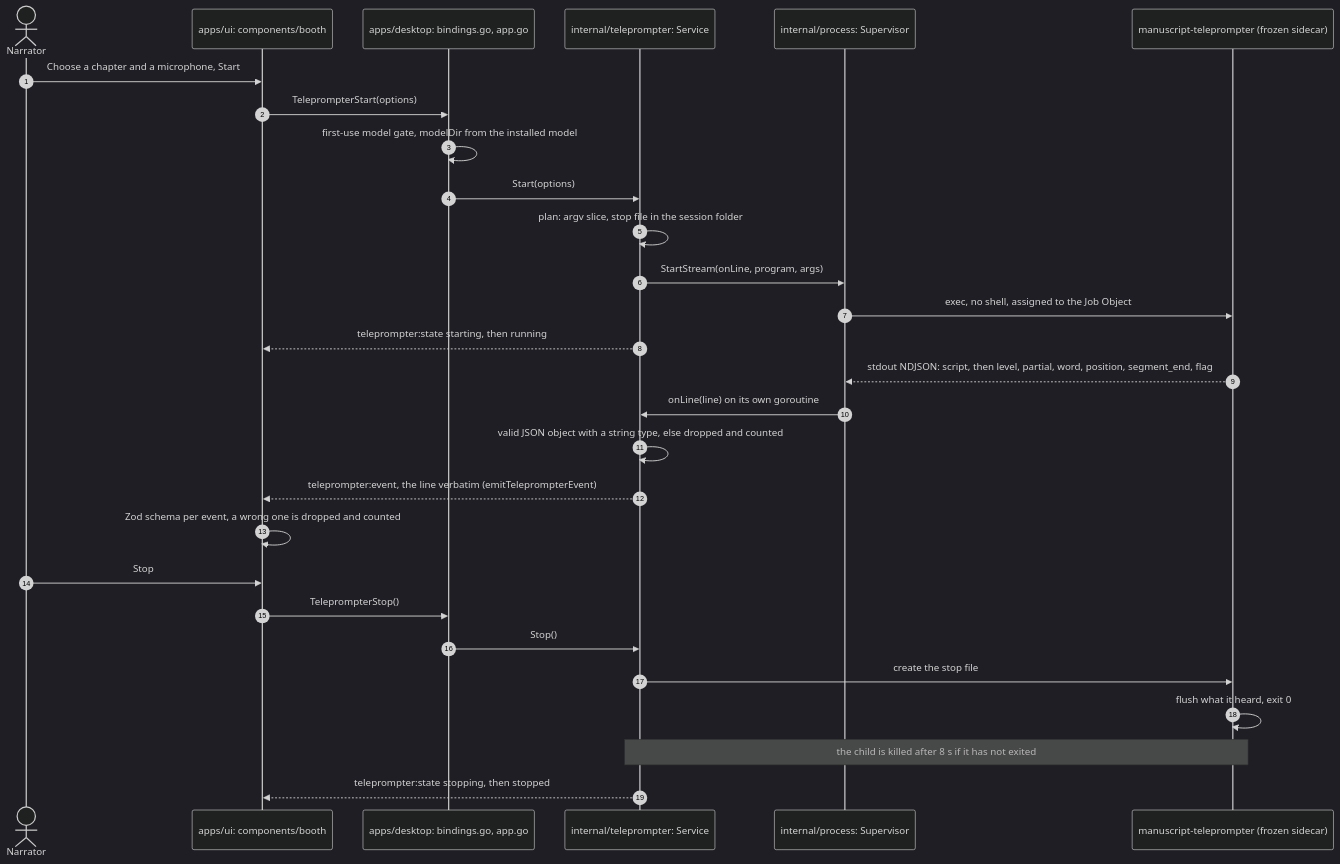
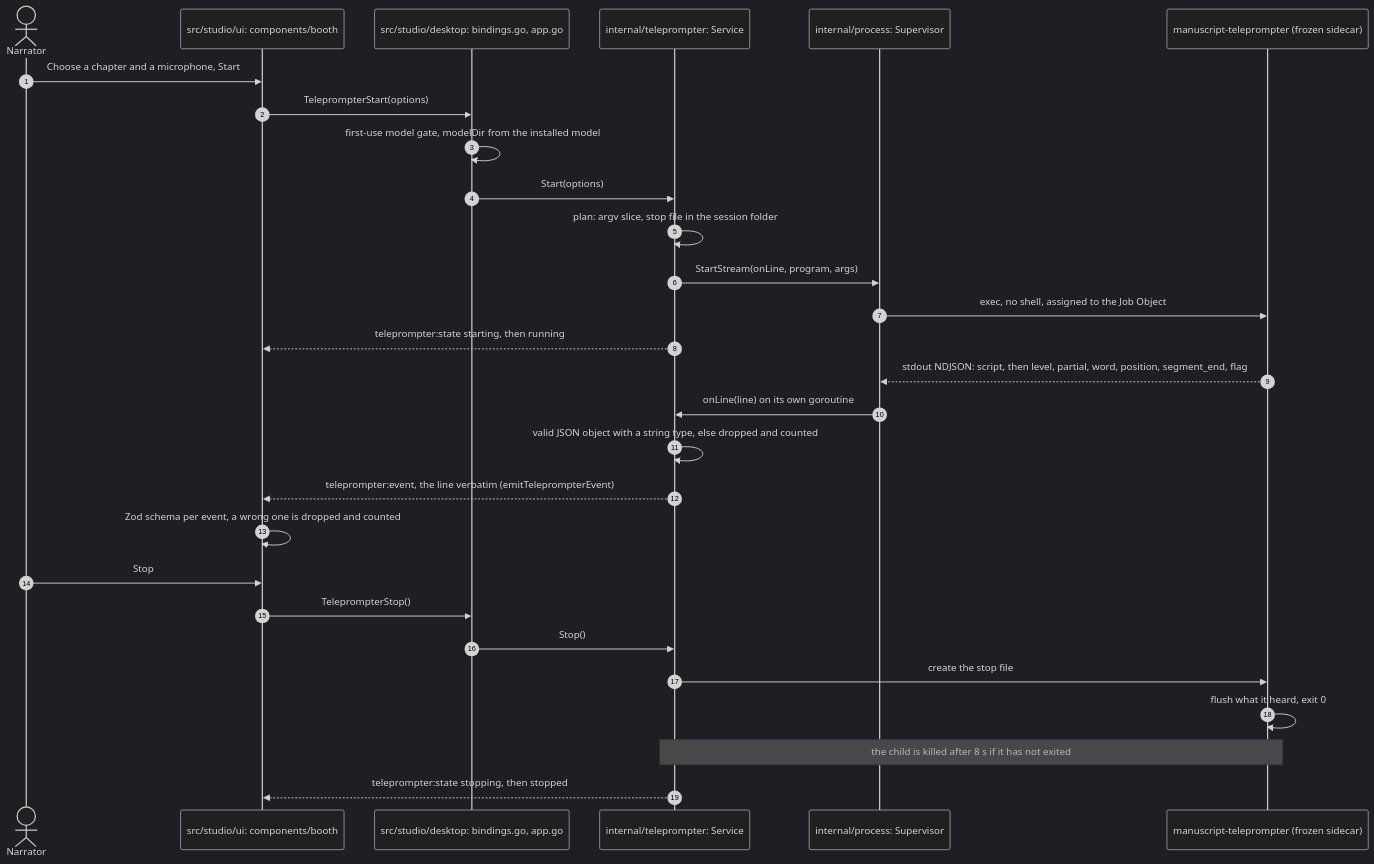
One commit to countrymanprime/narration-studio changed the diagram in docs/architecture/manuscript-teleprompter.md. Above: the diagram before and after it, drawn with Mermaid (dark theme). The commit also changed other lines of this file and 6019 other files, not shown here.

Commit message:
refactor: move the app under src/studio and the Pages app to src/web (#2264)

````diff
--- a/docs/architecture/manuscript-teleprompter.md
+++ b/docs/architecture/manuscript-teleprompter.md
@@ -287,30 +287,30 @@
 ```mermaid
 sequenceDiagram
   autonumber
   actor N as Narrator
-  participant UI as apps/ui: components/booth
-  participant B as apps/desktop: bindings.go, app.go
+  participant UI as src/studio/ui: components/booth
+  participant B as src/studio/desktop: bindings.go, app.go
   participant S as internal/teleprompter: Service
   participant P as internal/process: Supervisor
   participant T as manuscript-teleprompter (frozen sidecar)
   N->>UI: Choose a chapter and a microphone, Start
   UI->>B: TeleprompterStart(options)
   B->>B: first-use model gate, modelDir from the installed model
   B->>S: Start(options)
   S->>S: plan: argv slice, stop file in the session folder
   S->>P: StartStream(onLine, program, args)
   P->>T: exec, no shell, assigned to the Job Object
   S-->>UI: teleprompter:state starting, then running
   T-->>P: stdout NDJSON: script, then level, partial, word, position, segment_end, flag
   P->>S: onLine(line) on its own goroutine
   S->>S: valid JSON object with a string type, else dropped and counted
   S-->>UI: teleprompter:event, the line verbatim (emitTeleprompterEvent)
   UI->>UI: Zod schema per event, a wrong one is dropped and counted
   N->>UI: Stop
   UI->>B: TeleprompterStop()
   B->>S: Stop()
   S->>T: create the stop file
   T->>T: flush what it heard, exit 0
   Note over S,T: the child is killed after 8 s if it has not exited
   S-->>UI: teleprompter:state stopping, then stopped
 ```
````
